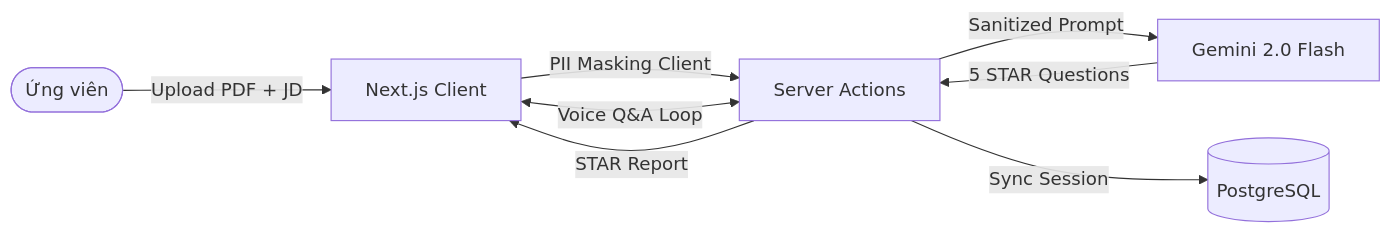
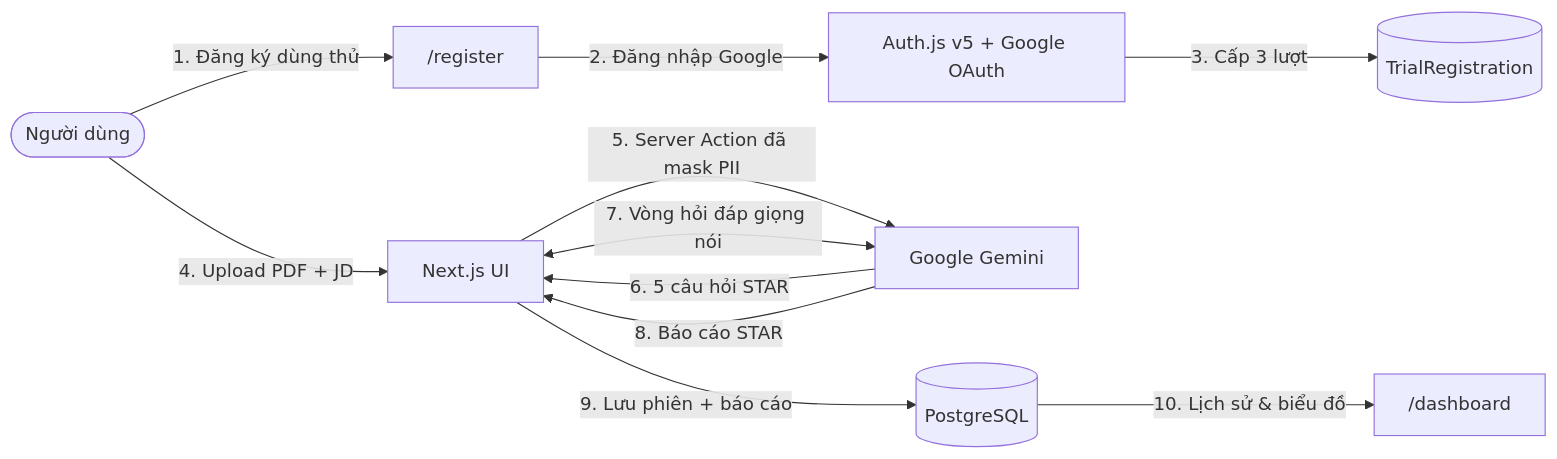
The diagram in README.md (DucHuynh27/ai-interview), drawn with Mermaid before and after one commit. The commit also changed other lines of this file, not shown here.

````diff
--- a/README.md
+++ b/README.md
@@ -59,10 +62,13 @@
 ```mermaid
 graph LR
-    User([Ứng viên]) -->|Upload PDF + JD| Client[Next.js Client]
-    Client -->|PII Masking Client| Server[Server Actions]
-    Server -->|Sanitized Prompt| Gemini[Gemini 2.0 Flash]
-    Gemini -->|5 STAR Questions| Server
-    Server -->|Sync Session| DB[(PostgreSQL)]
-    Client <-->|Voice Q&A Loop| Server
-    Server -->|STAR Report| Client
+    Visitor([Người dùng]) -->|1. Đăng ký dùng thử| Register["/register"]
+    Register -->|2. Đăng nhập Google| Auth[Auth.js v5 + Google OAuth]
+    Auth -->|3. Cấp 3 lượt| Quota[(TrialRegistration)]
+    Visitor -->|4. Upload PDF + JD| Client[Next.js UI]
+    Client -->|5. Server Action đã mask PII| Gemini[Google Gemini]
+    Gemini -->|6. 5 câu hỏi STAR| Client
+    Client <-->|7. Vòng hỏi đáp giọng nói| Gemini
+    Gemini -->|8. Báo cáo STAR| Client
+    Client -->|9. Lưu phiên + báo cáo| DB[(PostgreSQL)]
+    DB -->|10. Lịch sử & biểu đồ| Dashboard["/dashboard"]
 ```
````
